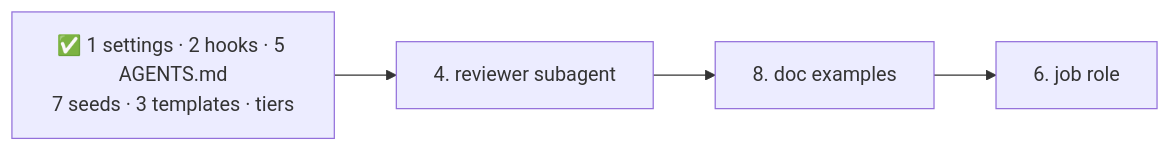
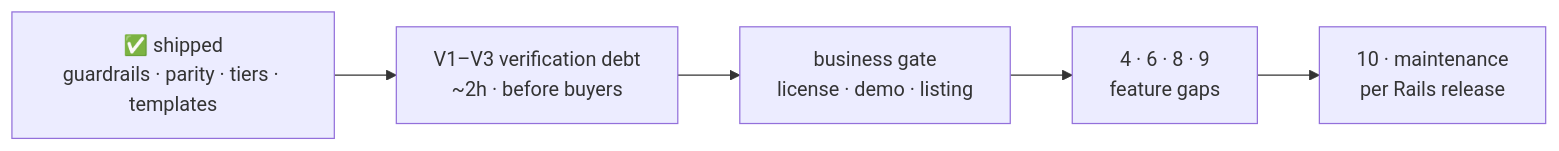
Before and after one commit to PositiveControl/rails-rocket-sheep: the third of 3 diagrams in docs/inventory.md, drawn with Mermaid. The commit also changed other lines of this file, not shown here.

````diff
--- a/docs/inventory.md
+++ b/docs/inventory.md
@@ -194,6 +222,7 @@
 ```mermaid
 flowchart LR
-  DONE["✅ 1 settings · 2 hooks · 5 AGENTS.md<br/>7 seeds · 3 templates · tiers"] --> T4["4. reviewer subagent"]
-  T4 --> T8["8. doc examples"]
-  T8 --> T6["6. job role"]
+  DONE["✅ shipped<br/>guardrails · parity · tiers · templates"] --> V["V1–V3 verification debt<br/>~2h · before buyers"]
+  V --> BIZ["business gate<br/>license · demo · listing"]
+  BIZ --> T4["4 · 6 · 8 · 9<br/>feature gaps"]
+  T4 --> M["10 · maintenance<br/>per Rails release"]
 ```
````
